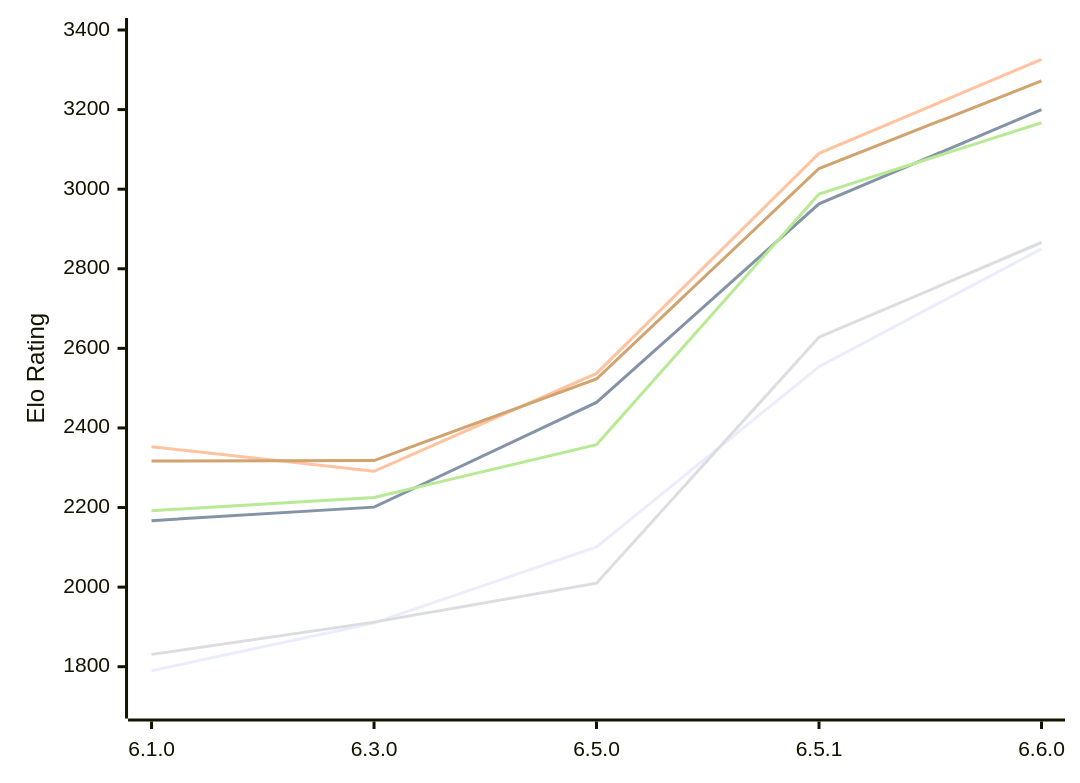
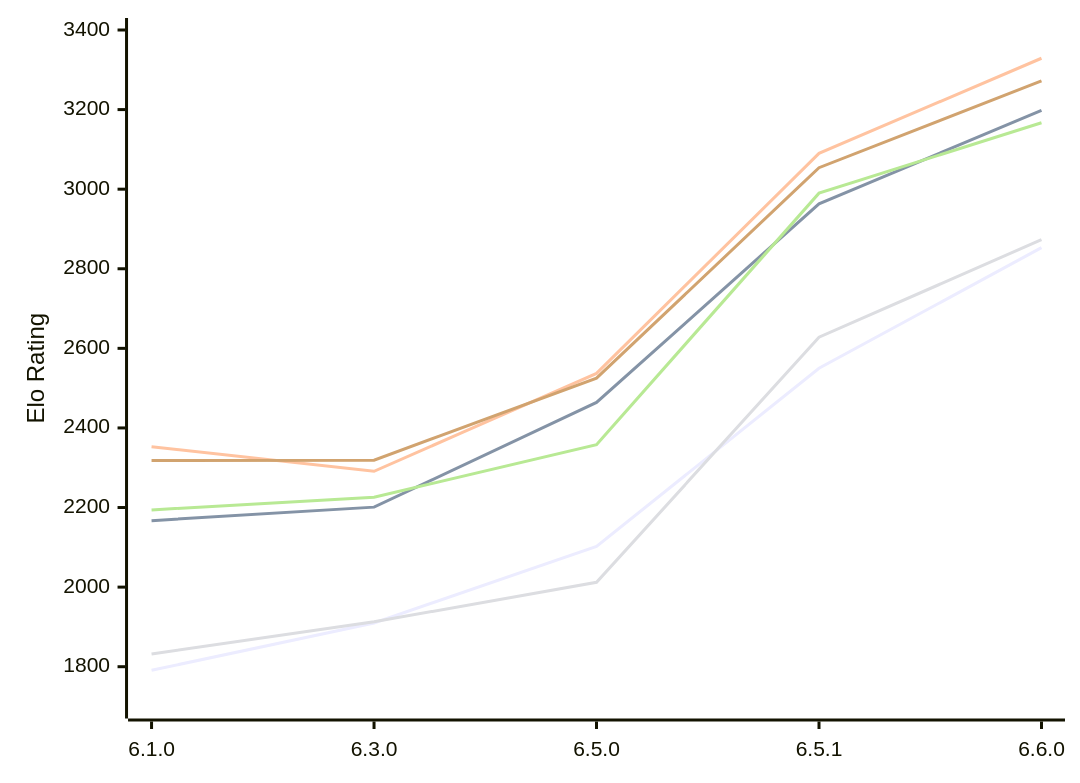
One commit to computer-chess-index/cci changed the diagram in engines/Luminex.md. Above: the diagram before and after it, drawn with Mermaid. The commit also changed other lines of this file, not shown here.

Commit message:
Update CCI Ratings (ELO VLTC) - 2026-11-27

````diff
--- a/engines/Luminex.md
+++ b/engines/Luminex.md
@@ -55,12 +55,12 @@
 ```mermaid
 %%{init: {"theme":"base","themeVariables":{"seriesColors:['#a3a3a3','#222221','#faa371']}}}%%
 xychart-beta
   x-axis ["6.1.0", "6.3.0", "6.5.0", "6.5.1", "6.6.0"]
   y-axis "Elo Rating" 1700 --> 3400
-  line "E1: STC (8.0+0.08s)" [1790, 1910, 2101, 2554, 2850]
-  line "E1: LTC (60.0+0.60s)" [2167, 2201, 2464, 2963, 3200]
-  line "E1: VLTC (2m24s+1.12s)" [2353, 2291, 2537, 3090, 3326]
-  line "P1: STC (8.0+0.08s)" [1831, 1912, 2010, 2628, 2866]
-  line "P1: LTC (60.0+0.60s)" [2192, 2225, 2358, 2988, 3167]
-  line "P1: VLTC (2m24s+1.12s)" [2317, 2318, 2523, 3052, 3272]
+  line "E1: STC (8.0+0.08s)" [1791, 1910, 2102, 2550, 2853]
+  line "E1: LTC (60.0+0.60s)" [2167, 2201, 2464, 2963, 3198]
+  line "E1: VLTC (2m24s+1.12s)" [2353, 2291, 2537, 3090, 3329]
+  line "P1: STC (8.0+0.08s)" [1832, 1913, 2012, 2628, 2873]
+  line "P1: LTC (60.0+0.60s)" [2194, 2226, 2358, 2990, 3167]
+  line "P1: VLTC (2m24s+1.12s)" [2318, 2319, 2525, 3054, 3272]
 ```
````
